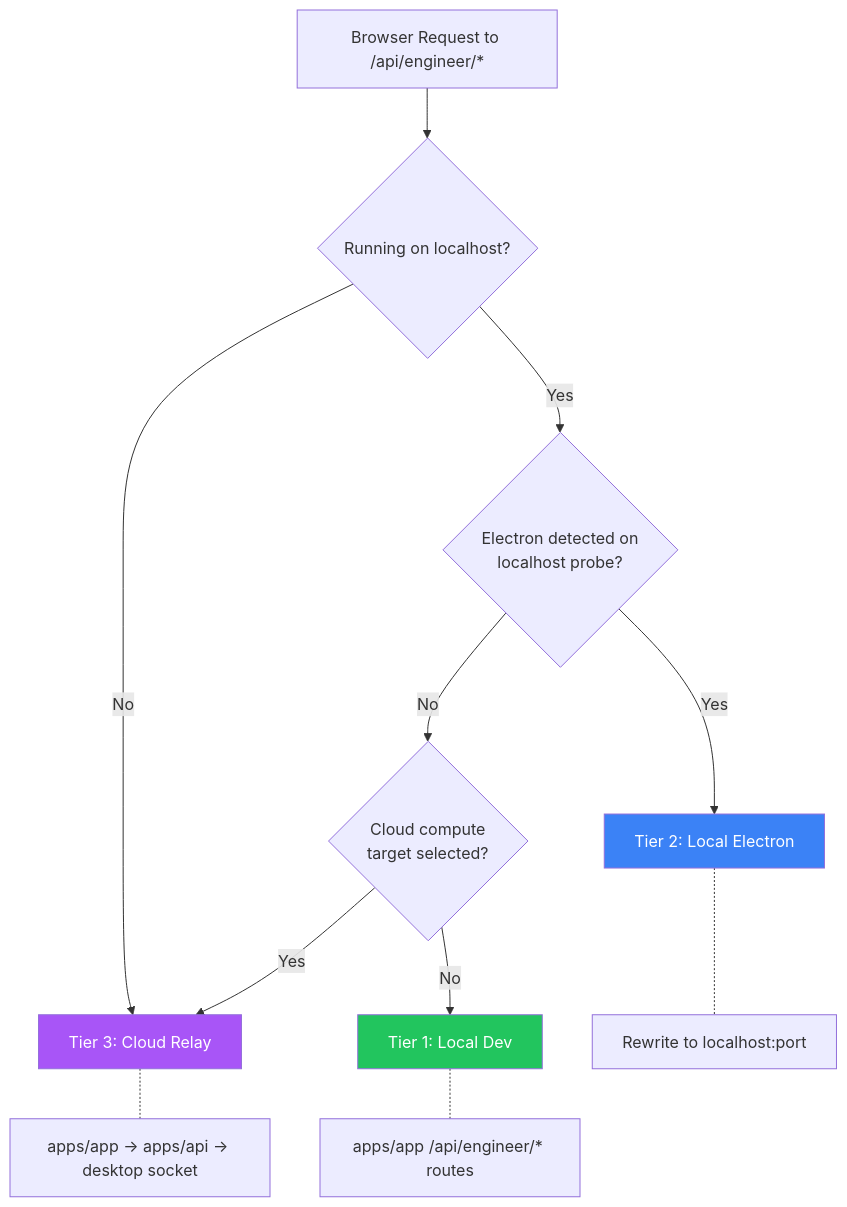
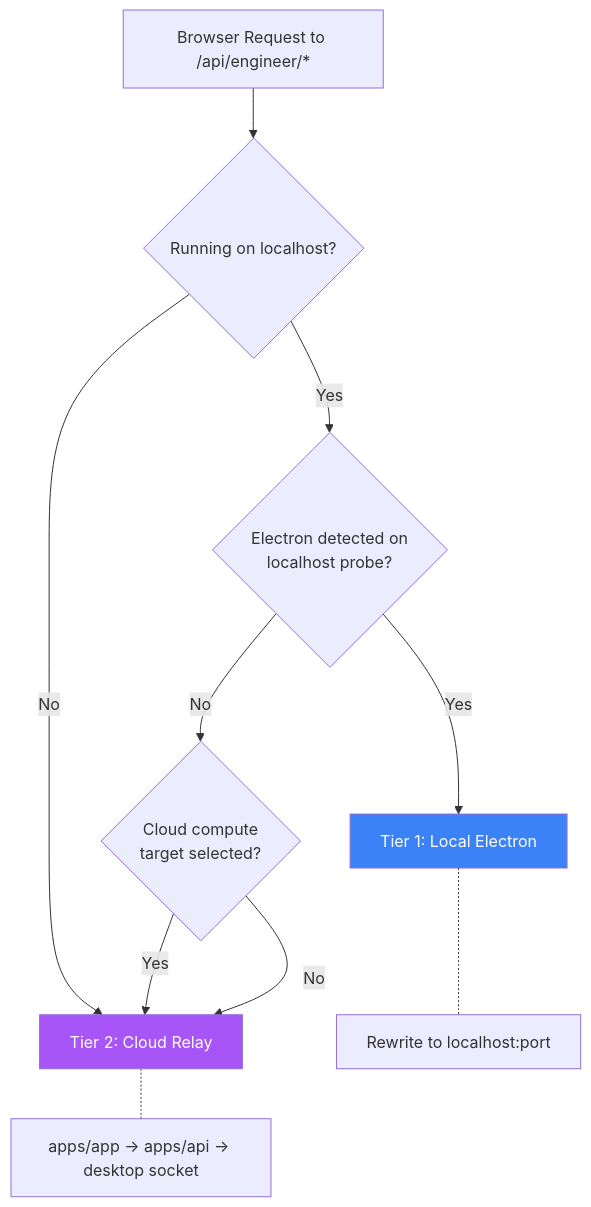
The first of 6 diagrams in docs/artifacts/relay-architecture.md (closedloop-ai/closedloop-ai), drawn with Mermaid before and after one commit. The commit also changed other lines of this file and 29 other files, not shown here.

First line of the commit message:
AI-389: Remove LocalDev routing mode and browser-side MCP

````diff
--- a/docs/artifacts/relay-architecture.md
+++ b/docs/artifacts/relay-architecture.md
@@ -38,21 +36,19 @@
 ```mermaid
 graph TD
     REQ["Browser Request to /api/engineer/*"] --> CHK_HOST{Running on localhost?}
 
-    CHK_HOST -->|No| T3["Tier 3: Cloud Relay"]
+    CHK_HOST -->|No| T2["Tier 2: Cloud Relay"]
     CHK_HOST -->|Yes| CHK_ELEC{Electron detected on<br/>localhost probe?}
 
-    CHK_ELEC -->|Yes| T2["Tier 2: Local Electron"]
+    CHK_ELEC -->|Yes| T1["Tier 1: Local Electron"]
     CHK_ELEC -->|No| CHK_TARGET{Cloud compute<br/>target selected?}
 
-    CHK_TARGET -->|Yes| T3
-    CHK_TARGET -->|No| T1["Tier 1: Local Dev"]
+    CHK_TARGET -->|Yes| T2
+    CHK_TARGET -->|No| T2
 
-    T1 -.- T1D["apps/app /api/engineer/* routes"]
-    T2 -.- T2D["Rewrite to localhost:port"]
-    T3 -.- T3D["apps/app -> apps/api -> desktop socket"]
+    T1 -.- T1D["Rewrite to localhost:port"]
+    T2 -.- T2D["apps/app -> apps/api -> desktop socket"]
 
-    style T1 fill:#22c55e,color:#fff
-    style T2 fill:#3b82f6,color:#fff
-    style T3 fill:#a855f7,color:#fff
+    style T1 fill:#3b82f6,color:#fff
+    style T2 fill:#a855f7,color:#fff
 ```
````
